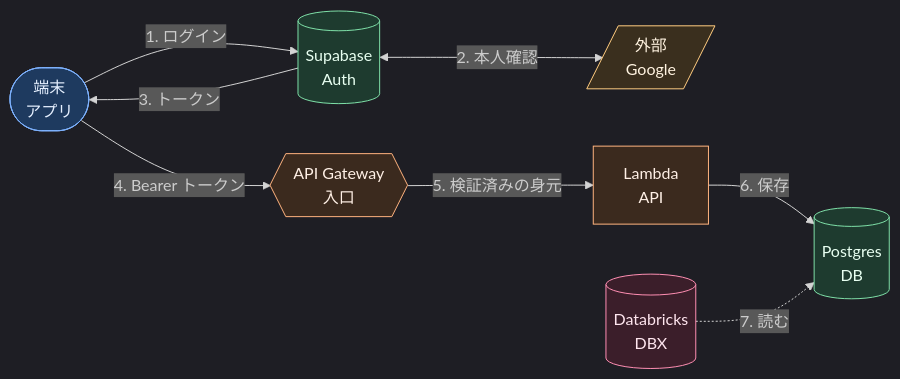
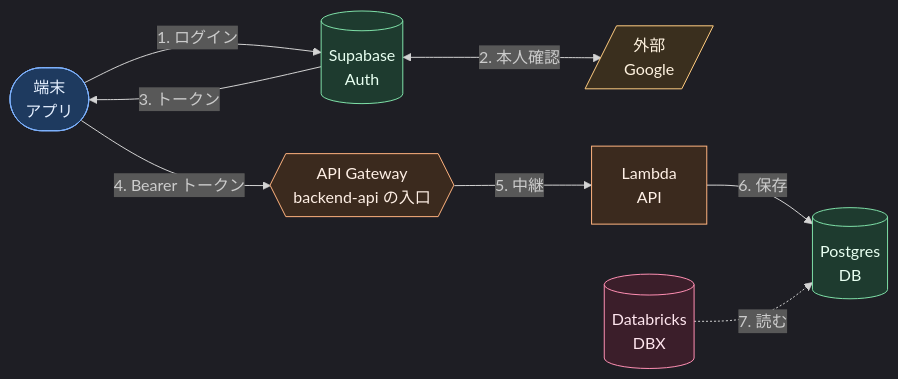
One commit to ito-yusaku-turing/personal-workspace changed the diagram in projects/tern-ios-auth/workstream/tern-backend-api/notion-tern-ios-google-login.md. Above: the diagram before and after it, drawn with Mermaid. The commit also changed other lines of this file and 1 other file, not shown here.

First line of the commit message:
docs(projects): Tern iOS のアプリが BFF を使わず backend-api だけを呼ぶ形に資料を直す

````diff
--- a/projects/tern-ios-auth/workstream/tern-backend-api/notion-tern-ios-google-login.md
+++ b/projects/tern-ios-auth/workstream/tern-backend-api/notion-tern-ios-google-login.md
@@ -52,30 +53,30 @@
 ```mermaid
 %%{init: {'theme': 'dark'}}%%
 flowchart LR
   app(["端末<br/>アプリ"])
   google[/"外部<br/>Google"/]
   auth[("Supabase<br/>Auth")]
-  gw{{"API Gateway<br/>入口"}}
+  gw{{"API Gateway<br/>backend-api の入口"}}
   api["Lambda<br/>API"]
   db[("Postgres<br/>DB")]
   dbx[("Databricks<br/>DBX")]
 
   app -- "1. ログイン" --> auth
   auth <-- "2. 本人確認" --> google
   auth -- "3. トークン" --> app
   app -- "4. Bearer トークン" --> gw
-  gw -- "5. 検証済みの身元" --> api
+  gw -- "5. 中継" --> api
   api -- "6. 保存" --> db
   dbx -. "7. 読む" .-> db
 
   classDef device fill:#1e3a5f,stroke:#7fb3ff,color:#e6f0ff
   classDef ext fill:#3a2f1e,stroke:#ffcc80,color:#fff3e0
   classDef supa fill:#1e3b2f,stroke:#7fe0a8,color:#e8fff1
   classDef aws fill:#3b2a1e,stroke:#ffb37f,color:#fff0e6
   classDef dbx fill:#3b1e2a,stroke:#ff8fb3,color:#ffe6ef
   class app device
   class google ext
   class auth,db supa
   class gw,api aws
   class dbx dbx
 ```
````
